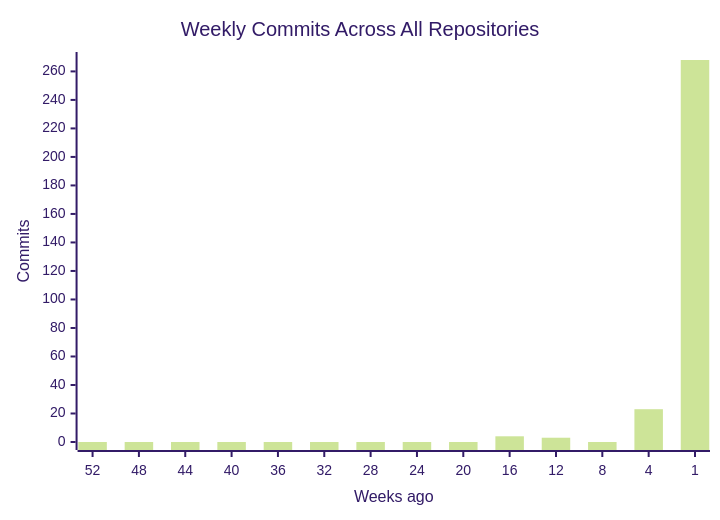
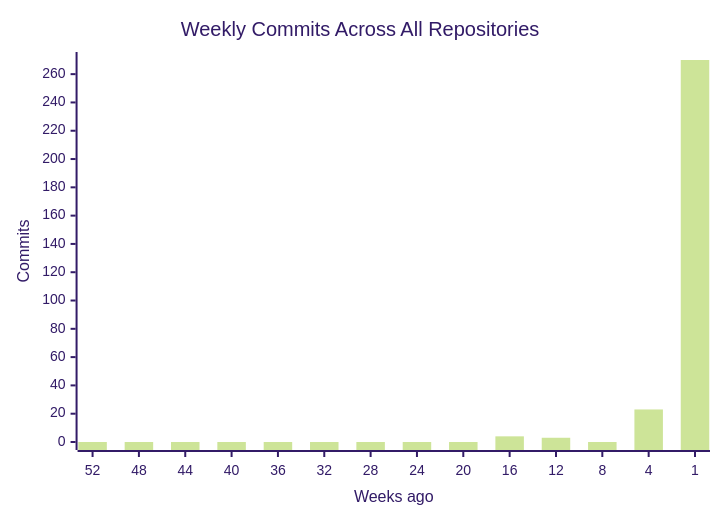
Before and after one commit to CSTH-Projects/.github: the first of 4 diagrams in profile/README.md, drawn with Mermaid (forest theme). The commit also changed other lines of this file, not shown here.

````diff
--- a/profile/README.md
+++ b/profile/README.md
@@ -16,7 +16,7 @@
 ```mermaid
 xychart-beta
     title "Weekly Commits Across All Repositories"
     x-axis "Weeks ago" [52, 48, 44, 40, 36, 32, 28, 24, 20, 16, 12, 8, 4, 1]
     y-axis "Commits"
-    bar [0, 0, 0, 0, 0, 0, 0, 0, 0, 4, 3, 0, 23, 268]
+    bar [0, 0, 0, 0, 0, 0, 0, 0, 0, 4, 3, 0, 23, 270]
 ```
````
